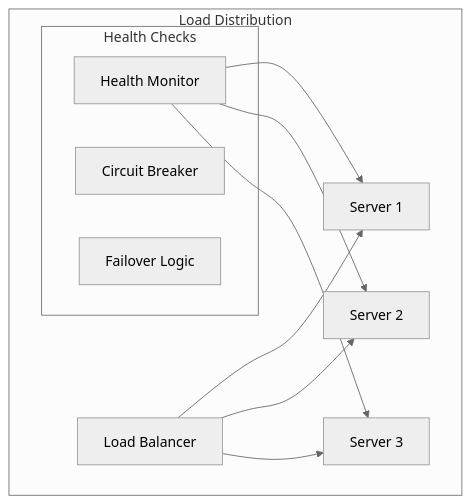
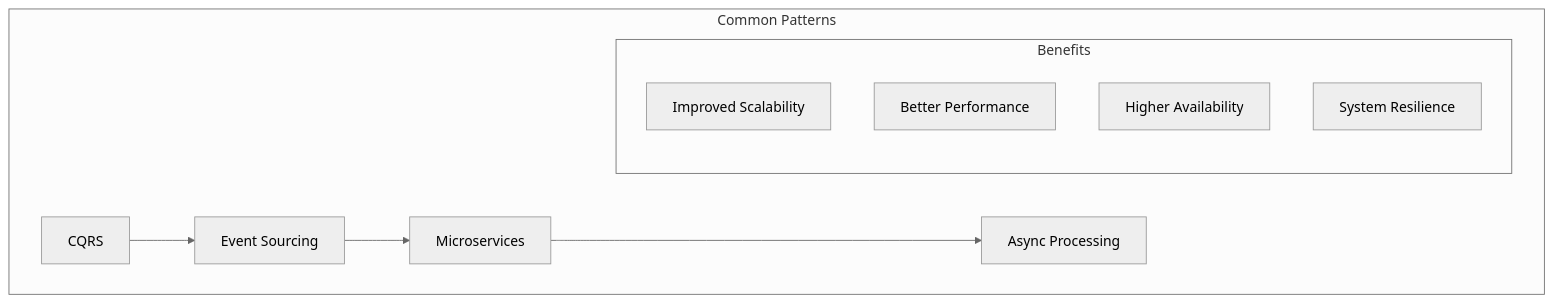
Before and after one commit to saravanakumarrc/Architecture_Journey: the fourth of 4 diagrams in src/Scalability_Principles_and_Implementations.md, drawn with Mermaid (neutral theme). The commit also changed other lines of this file and 11 other files, not shown here.

First line of the commit message:
Refactor documentation for scalability, security, service mesh, trade-off analysis, and zero trust architecture

````diff
--- a/src/Scalability_Principles_and_Implementations.md
+++ b/src/Scalability_Principles_and_Implementations.md
@@ -428,18 +167,15 @@
 ```mermaid
 graph TB
-    subgraph "Load Distribution"
-        LB[Load Balancer] --> S1[Server 1]
-        LB --> S2[Server 2]
-        LB --> S3[Server 3]
+    subgraph "Common Patterns"
+        CQRS[CQRS] --> ES[Event Sourcing]
+        ES --> MS[Microservices]
+        MS --> AP[Async Processing]
         
-        subgraph "Health Checks"
-            H1[Health Monitor]
-            H2[Circuit Breaker]
-            H3[Failover Logic]
+        subgraph "Benefits"
+            B1[Improved Scalability]
+            B2[Better Performance]
+            B3[Higher Availability]
+            B4[System Resilience]
         end
-        
-        H1 --> S1
-        H1 --> S2
-        H1 --> S3
     end
 ```
````
